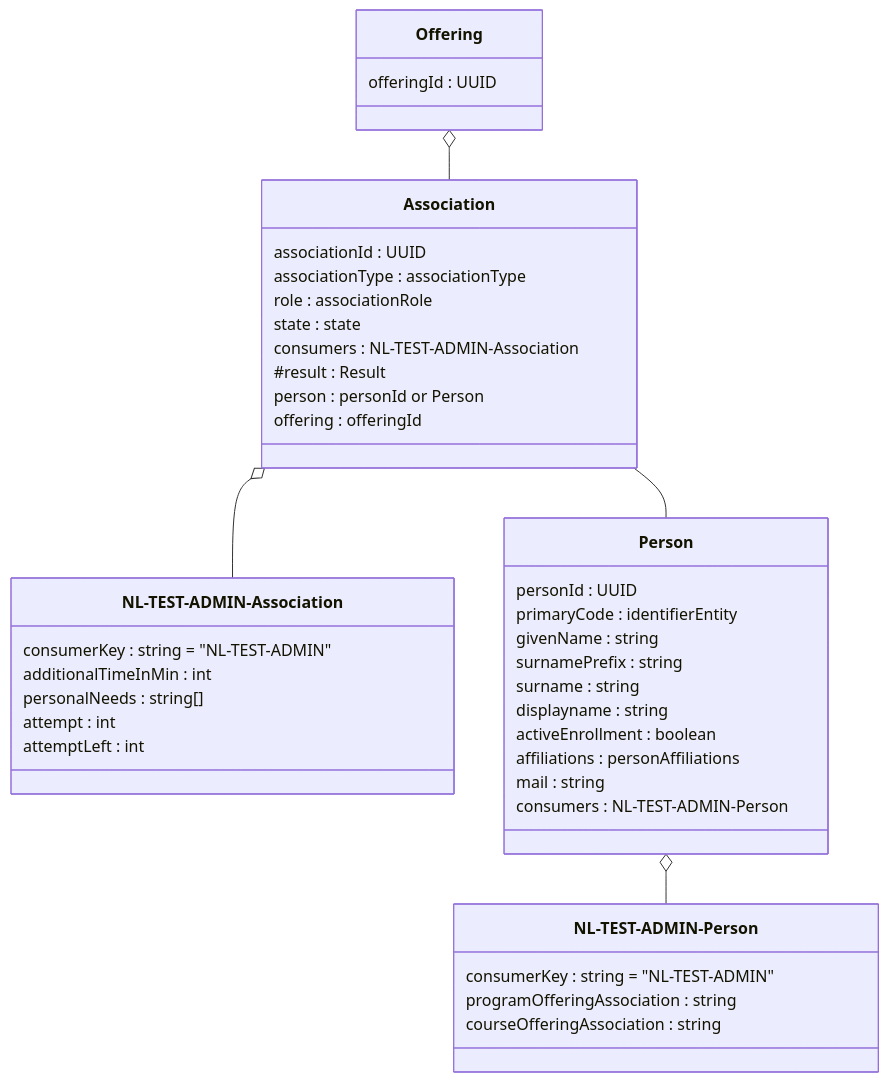
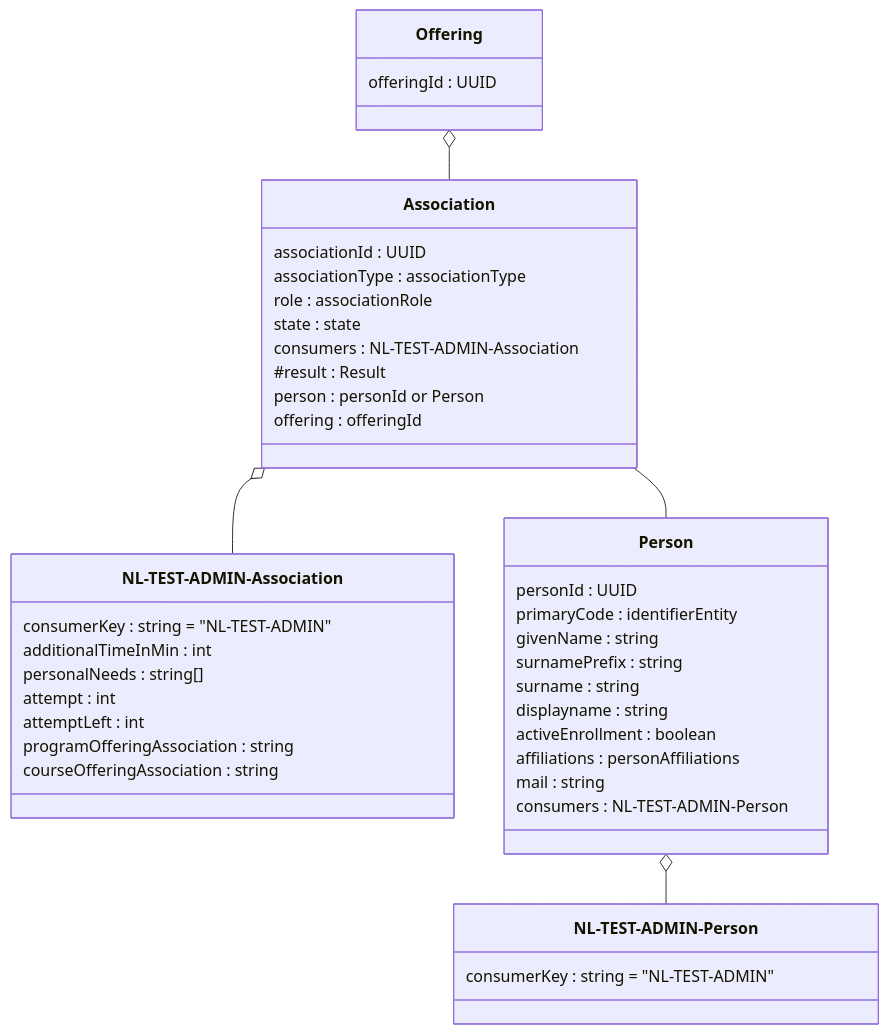
Before and after one commit to NetwerkExamineringDigitalisering/NED-OOAPI: the second of 5 diagrams in doc/flow1.md, drawn with Mermaid. The commit also changed other lines of this file and 4 other files, not shown here.

````diff
--- a/doc/flow1.md
+++ b/doc/flow1.md
@@ -91,45 +91,45 @@
 ```mermaid
 classDiagram
     class Association {
     	associationId : UUID
         associationType : associationType
         role : associationRole
         state : state
         consumers : NL-TEST-ADMIN-Association
     #	result : Result
         person : personId or Person
         offering : offeringId
     }
     class `NL-TEST-ADMIN-Association` {
     	consumerKey : string = "NL-TEST-ADMIN"
 	    additionalTimeInMin : int
 	    personalNeeds : string[]
         attempt : int
         attemptLeft : int
+	    programOfferingAssociation : string
+	    courseOfferingAssociation : string
     }
     class Person {
         personId : UUID
         primaryCode : identifierEntity
         givenName : string
         surnamePrefix : string 
         surname : string
         displayname : string
         activeEnrollment : boolean 
         affiliations : personAffiliations
         mail : string
     	consumers : NL-TEST-ADMIN-Person
     }
     class `NL-TEST-ADMIN-Person` {
     	consumerKey : string = "NL-TEST-ADMIN"
-	    programOfferingAssociation : string
-	    courseOfferingAssociation : string
     }
     class Offering {
        offeringId : UUID
     }
     Offering  o-- Association
     Association o-- `NL-TEST-ADMIN-Association`
     Association -- Person
     Person o-- `NL-TEST-ADMIN-Person`
 
 ```
````
